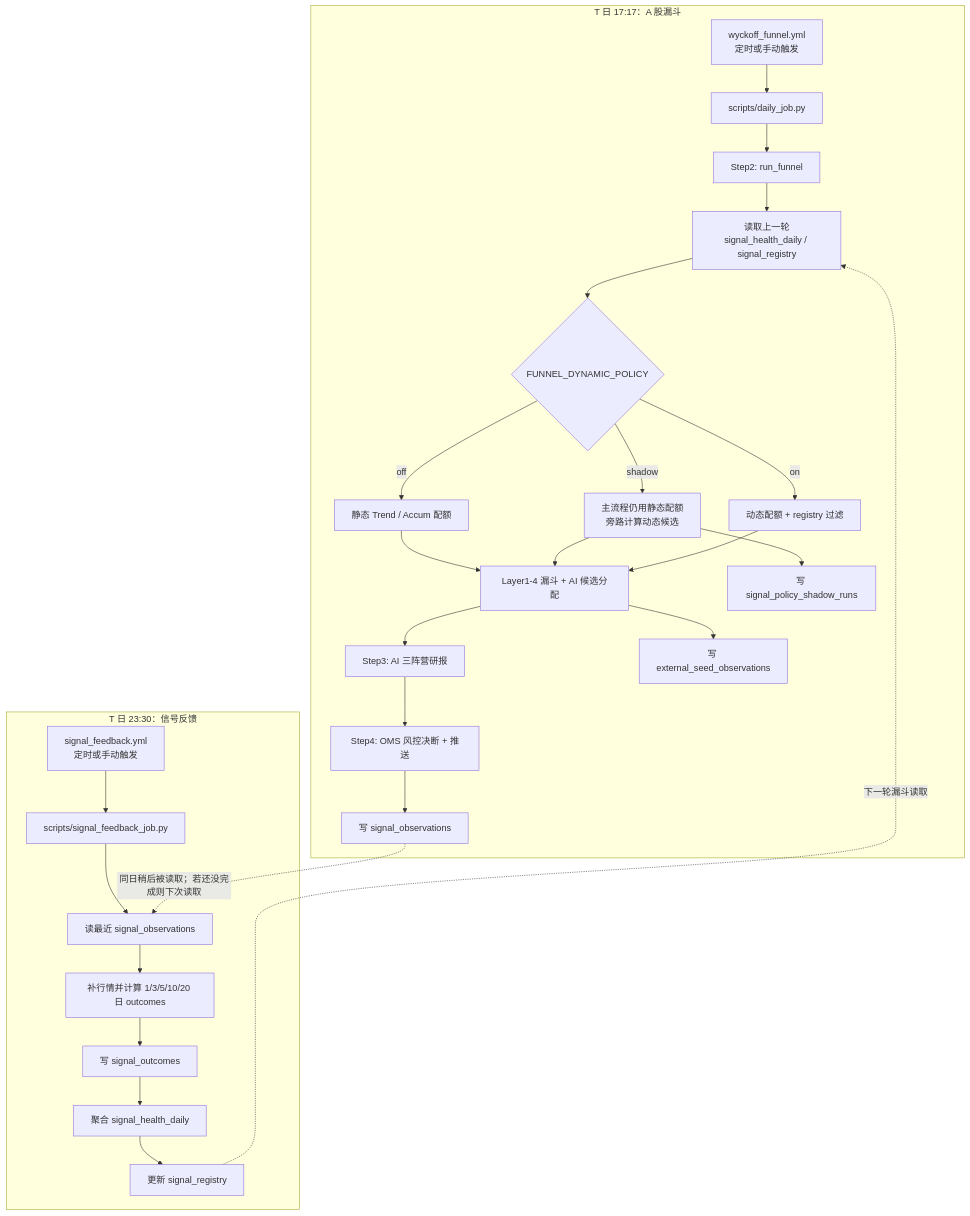
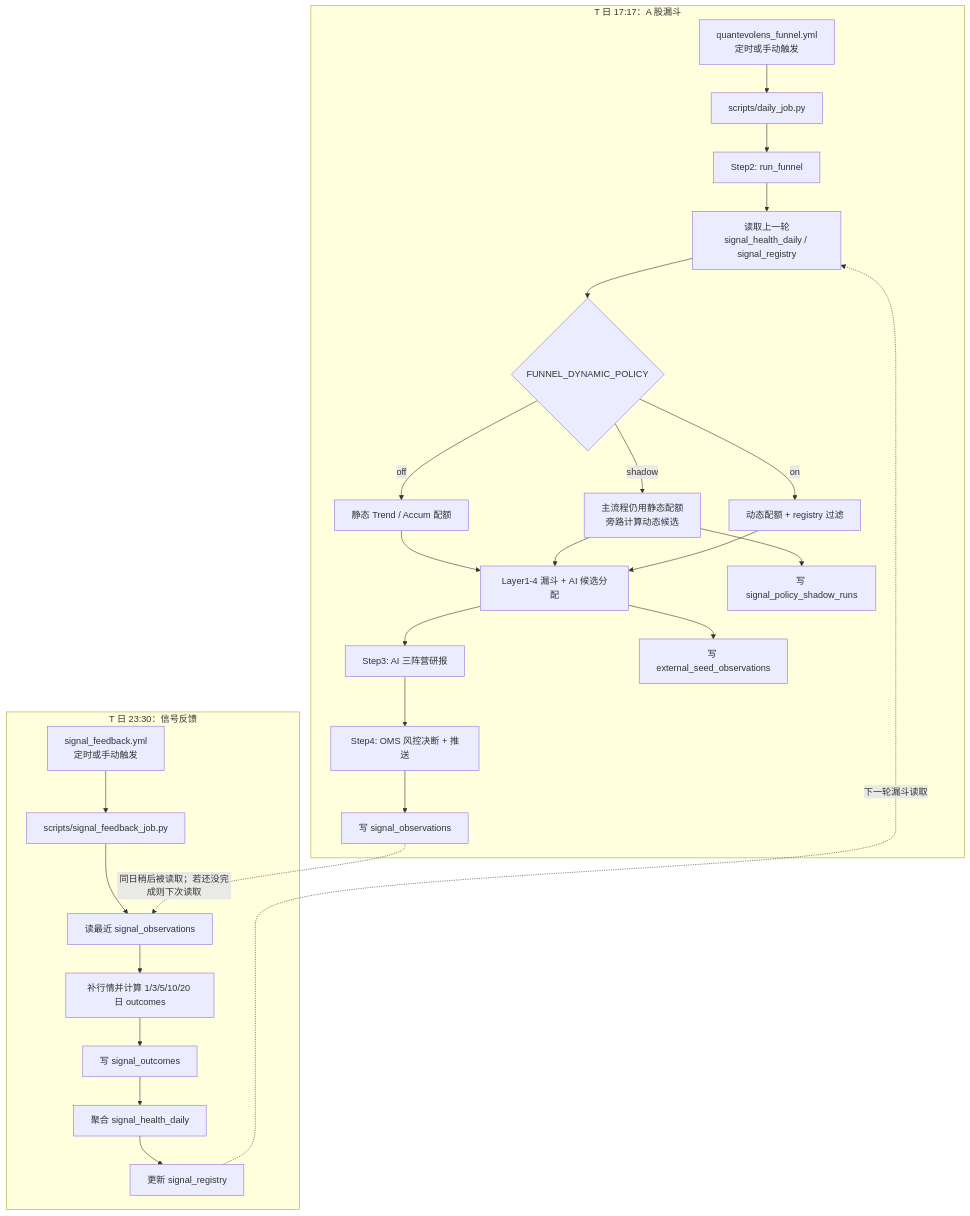
The second of 4 diagrams in docs/SIGNAL_FEEDBACK_LOOP.md (crystallatsyrc/wyckoff-agent-harness), drawn with Mermaid before and after one commit. The commit also changed other lines of this file and 228 other files, not shown here.

````diff
--- a/docs/SIGNAL_FEEDBACK_LOOP.md
+++ b/docs/SIGNAL_FEEDBACK_LOOP.md
@@ -24,32 +24,32 @@
 ```mermaid
 flowchart TD
   subgraph F["T 日 17:17：A 股漏斗"]
-    A["wyckoff_funnel.yml<br/>定时或手动触发"] --> B["scripts/daily_job.py"]
+    A["quantevolens_funnel.yml<br/>定时或手动触发"] --> B["scripts/daily_job.py"]
     B --> C["Step2: run_funnel"]
     C --> D["读取上一轮<br/>signal_health_daily / signal_registry"]
     D --> E{"FUNNEL_DYNAMIC_POLICY"}
     E -- "off" --> F1["静态 Trend / Accum 配额"]
     E -- "shadow" --> F2["主流程仍用静态配额<br/>旁路计算动态候选"]
     E -- "on" --> F3["动态配额 + registry 过滤"]
     F1 --> G["Layer1-4 漏斗 + AI 候选分配"]
     F2 --> G
     F3 --> G
     G --> H["Step3: AI 三阵营研报"]
     H --> I["Step4: OMS 风控决断 + 推送"]
     I --> J["写 signal_observations"]
     G --> X["写 external_seed_observations"]
     F2 --> K["写 signal_policy_shadow_runs"]
   end
 
   subgraph R["T 日 23:30：信号反馈"]
     L["signal_feedback.yml<br/>定时或手动触发"] --> M["scripts/signal_feedback_job.py"]
     M --> N["读最近 signal_observations"]
     N --> O["补行情并计算 1/3/5/10/20 日 outcomes"]
     O --> P["写 signal_outcomes"]
     P --> Q["聚合 signal_health_daily"]
     Q --> S["更新 signal_registry"]
   end
 
   J -. "同日稍后被读取；若还没完成则下次读取" .-> N
   S -. "下一轮漏斗读取" .-> D
 ```
````
